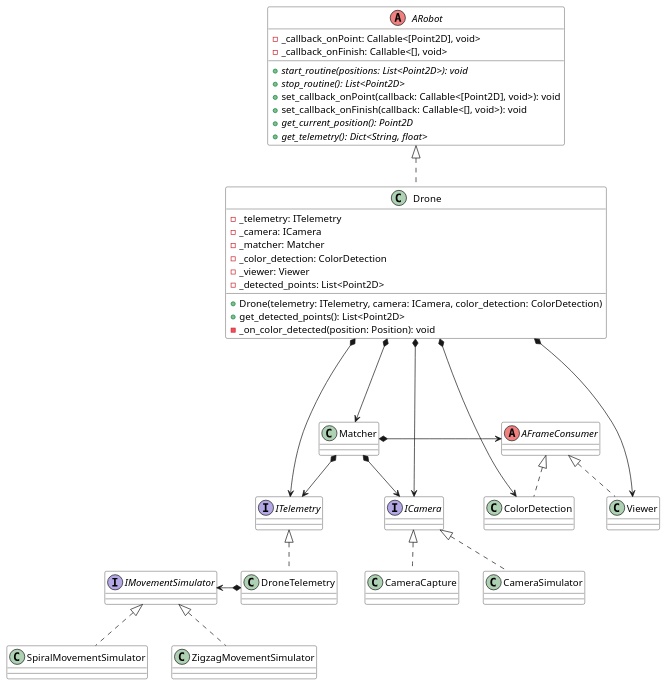
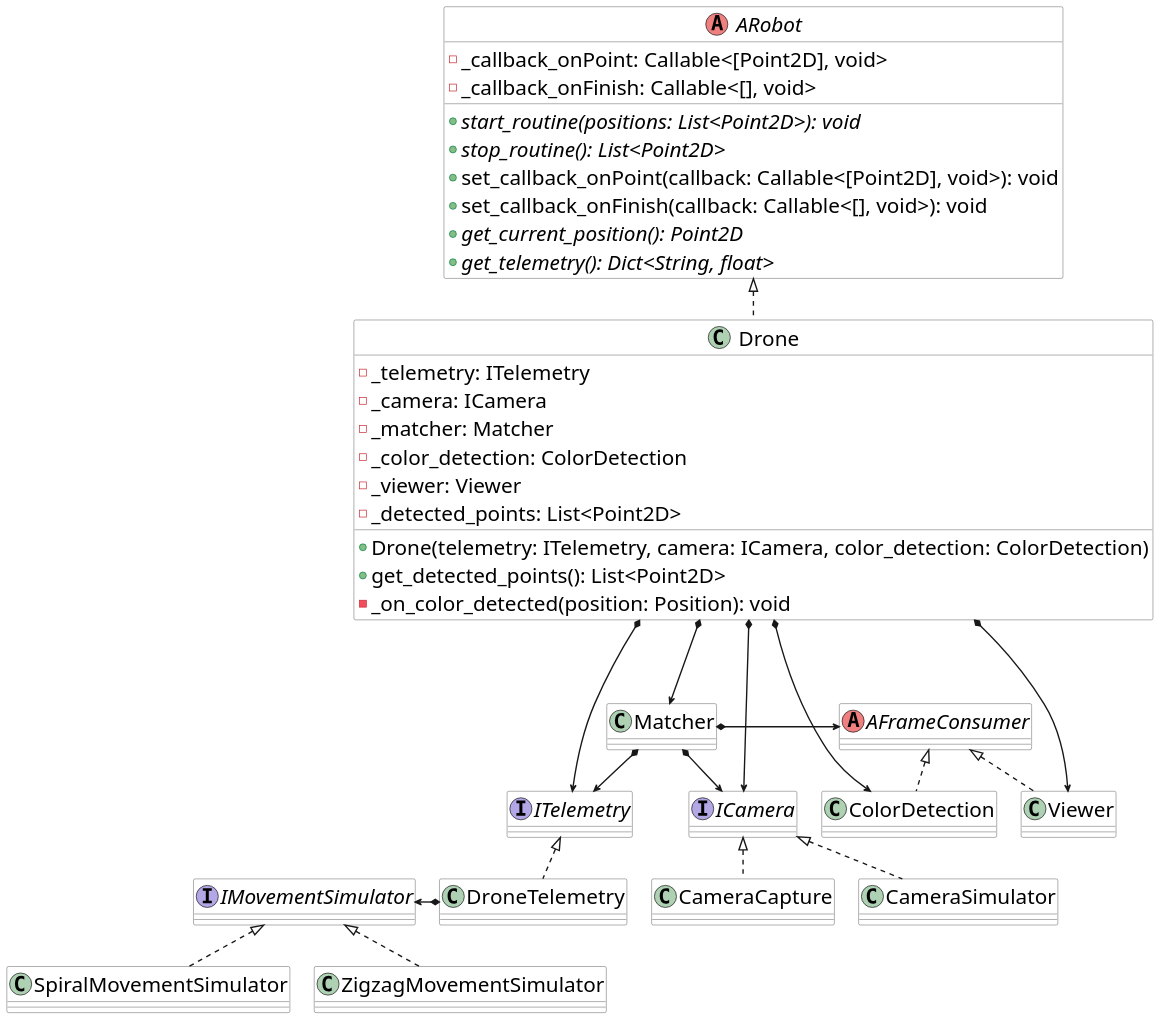
Before and after one commit to lcruper/tfm-multiagent: the diagram in diagrams/drone.puml, drawn with PlantUML. The commit also changed 7 other files, not shown here.

Commit message:
Diagrams ready

```diff
--- a/diagrams/drone.puml
+++ b/diagrams/drone.puml
@@ -1,89 +1,92 @@
 @startuml
+skinparam classAttributeIconSize 15
+skinparam DefaultFontSize 30
+skinparam ArrowThickness 2
 
 skinparam classBackgroundColor white
 
 
 interface ITelemetry  {
 }
 
 interface IMovementSimulator {
 }
 
 interface ICamera {
 }
 
 abstract class AFrameConsumer <<(A, LightCoral)>> {
 }
 
 abstract class ARobot <<(A, LightCoral)>> {
     - _callback_onPoint: Callable<[Point2D], void>
     - _callback_onFinish: Callable<[], void>
     {abstract}+ start_routine(positions: List<Point2D>): void
     {abstract}+ stop_routine(): List<Point2D>
     + set_callback_onPoint(callback: Callable<[Point2D], void>): void
     + set_callback_onFinish(callback: Callable<[], void>): void
     {abstract}+ get_current_position(): Point2D
     {abstract}+ get_telemetry(): Dict<String, float>
 }
 
 
 class DroneTelemetry {
 }
 
 class SpiralMovementSimulator {
 }
 
 class ZigzagMovementSimulator {
 }
 
 class CameraCapture {
 }
 
 class CameraSimulator {
 }
 
 class Matcher {
 }
 
 class ColorDetection {
 }
 
 class Viewer {
 }
 
 class Drone {
     - _telemetry: ITelemetry
     - _camera: ICamera
     - _matcher: Matcher
     - _color_detection: ColorDetection
     - _viewer: Viewer
     - _detected_points: List<Point2D>
     + Drone(telemetry: ITelemetry, camera: ICamera, color_detection: ColorDetection)
     + get_detected_points(): List<Point2D>
     - _on_color_detected(position: Position): void
 }
 
 ARobot <|.. Drone
 
 Drone *----> ITelemetry
 ITelemetry <|.. DroneTelemetry
 IMovementSimulator <-* DroneTelemetry
 IMovementSimulator <|.. SpiralMovementSimulator
 IMovementSimulator <|.. ZigzagMovementSimulator
 
 Drone *----> ICamera
 ICamera <|.. CameraSimulator
 ICamera <|.. CameraCapture
 
 Drone *--> Matcher
 Matcher *--> ITelemetry
 Matcher *--> ICamera
 Matcher *-> AFrameConsumer
 
 Drone *----> ColorDetection
 AFrameConsumer <|.. ColorDetection
 
 Drone *----> Viewer
 AFrameConsumer <|.. Viewer
 
 @enduml
```
